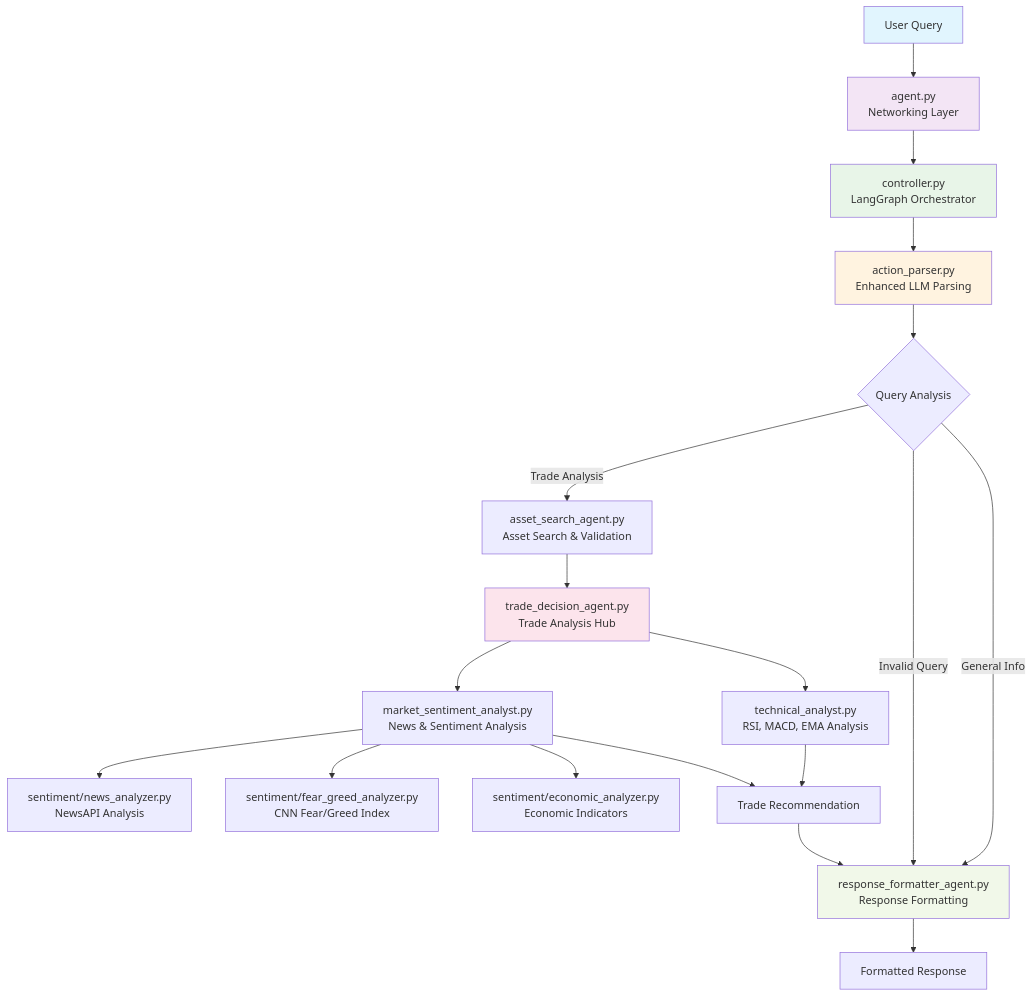
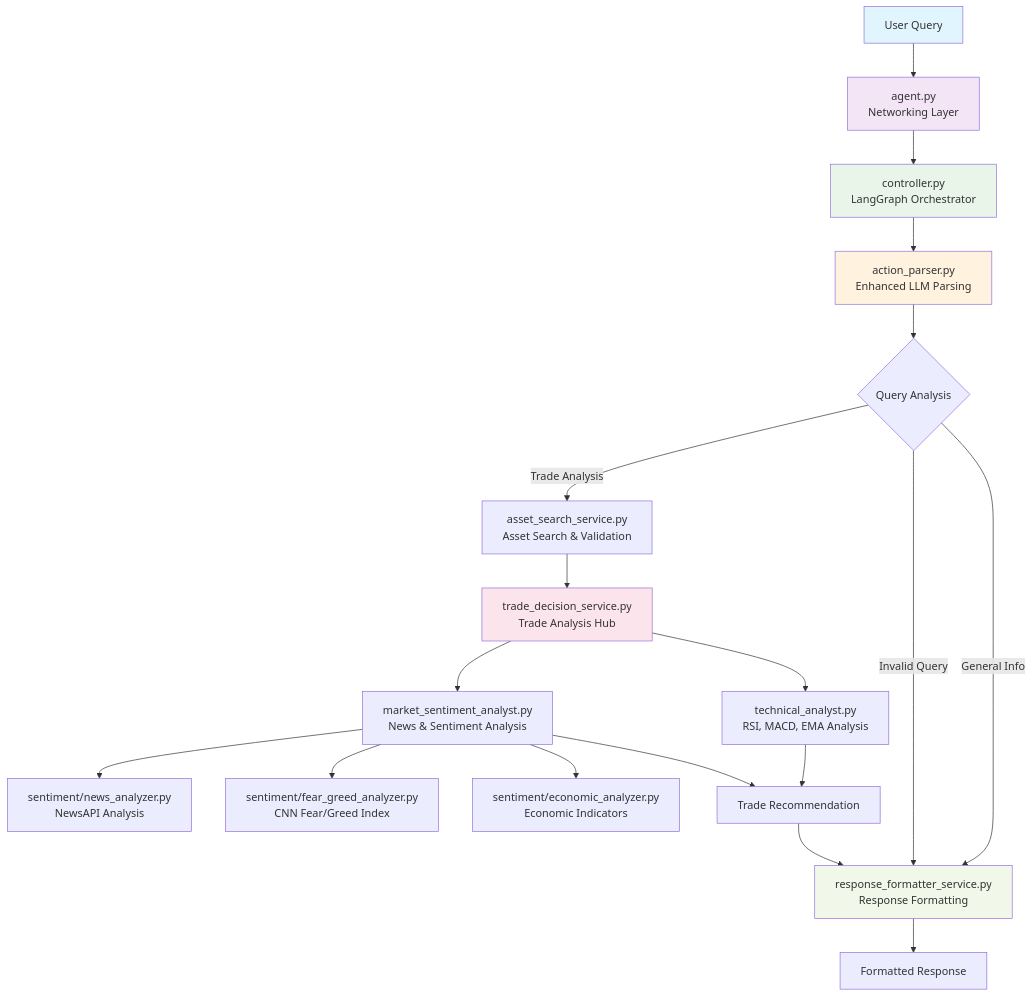
Before and after one commit to agentuity/agent-hedgefund: the first of 2 diagrams in README.md, drawn with Mermaid. The commit also changed other lines of this file and 1 other file, not shown here.

````diff
--- a/README.md
+++ b/README.md
@@ -23,35 +24,35 @@
 ```mermaid
 graph TD
     A[User Query] --> B[agent.py<br/>Networking Layer]
     
     B --> C[controller.py<br/>LangGraph Orchestrator]
     
     C --> D[action_parser.py<br/>Enhanced LLM Parsing]
     D --> E{Query Analysis}
     
-    E -->|Trade Analysis| F[asset_search_agent.py<br/>Asset Search & Validation]
-    E -->|General Info| K[response_formatter_agent.py<br/>Response Formatting]
+    E -->|Trade Analysis| F[asset_search_service.py<br/>Asset Search & Validation]
+    E -->|General Info| K[response_formatter_service.py<br/>Response Formatting]
     E -->|Invalid Query| K
     
-    F --> G[trade_decision_agent.py<br/>Trade Analysis Hub]
+    F --> G[trade_decision_service.py<br/>Trade Analysis Hub]
     
     G --> H[technical_analyst.py<br/>RSI, MACD, EMA Analysis]
     G --> I[market_sentiment_analyst.py<br/>News & Sentiment Analysis]
     
     I --> I1[sentiment/news_analyzer.py<br/>NewsAPI Analysis]
     I --> I2[sentiment/fear_greed_analyzer.py<br/>CNN Fear/Greed Index]
     I --> I3[sentiment/economic_analyzer.py<br/>Economic Indicators]
     
     H --> J[Trade Recommendation]
     I --> J
     J --> K
     
     K --> L[Formatted Response]
     
     style A fill:#e1f5fe
     style B fill:#f3e5f5
     style C fill:#e8f5e8
     style D fill:#fff3e0
     style G fill:#fce4ec
     style K fill:#f1f8e9
 ```
````
